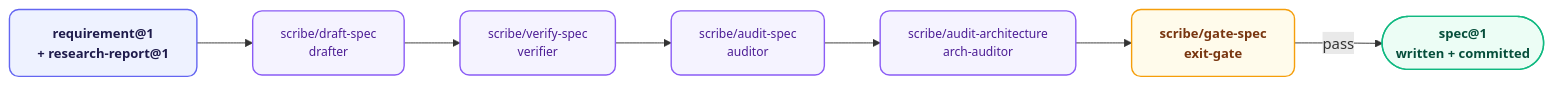
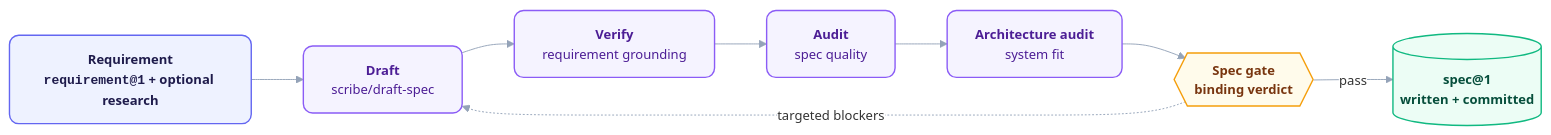
The diagram in plugins/scribe/README.md (orin-dx/agent-plugins), drawn with Mermaid before and after one commit. The commit also changed 12 other files, not shown here.

Commit message:
docs: refresh Mermaid diagrams and visual standard

````diff
--- a/plugins/scribe/README.md
+++ b/plugins/scribe/README.md
@@ -82,27 +82,21 @@
 ```mermaid
-%%{init: {'flowchart': {'curve': 'basis', 'nodeSpacing': 40, 'rankSpacing': 60}}}%%
+%%{init: {'theme': 'base', 'flowchart': {'curve': 'basis', 'nodeSpacing': 40, 'rankSpacing': 56}, 'themeVariables': {'fontFamily': 'Inter, ui-sans-serif, system-ui, sans-serif', 'fontSize': '14px', 'lineColor': '#94a3b8', 'edgeLabelBackground': '#ffffff'}}}%%
 flowchart LR
-    classDef source fill:#eef2ff,stroke:#6366f1,stroke-width:1.5px,color:#1e1b4b,rx:10,ry:10,font-size:14px,font-weight:600;
-    classDef engine fill:#f5f3ff,stroke:#8b5cf6,stroke-width:1.5px,color:#4c1d95,rx:10,ry:10,font-size:13px,font-weight:500;
-    classDef router fill:#fffbeb,stroke:#f59e0b,stroke-width:1.5px,color:#78350f,rx:10,ry:10,font-size:14px,font-weight:600;
-    classDef output fill:#ecfdf5,stroke:#10b981,stroke-width:1.5px,color:#064e3b,rx:10,ry:10,font-size:14px,font-weight:600;
+    classDef source fill:#eef2ff,stroke:#6366f1,stroke-width:1.5px,color:#1e1b4b,rx:10px,ry:10px,font-weight:600;
+    classDef engine fill:#f5f3ff,stroke:#8b5cf6,stroke-width:1.5px,color:#4c1d95,rx:10px,ry:10px;
+    classDef router fill:#fffbeb,stroke:#f59e0b,stroke-width:1.5px,color:#78350f,rx:10px,ry:10px,font-weight:600;
+    classDef output fill:#ecfdf5,stroke:#10b981,stroke-width:1.5px,color:#064e3b,rx:10px,ry:10px,font-weight:600;
 
-    Req["requirement@1
-    + research-report@1"] --> Draft["scribe/draft-spec
-    drafter"]
-    Draft --> Verify["scribe/verify-spec
-    verifier"]
-    Verify --> Audit["scribe/audit-spec
-    auditor"]
-    Audit --> ArchAudit["scribe/audit-architecture
-    arch-auditor"]
-    ArchAudit --> Gate["scribe/gate-spec
-    exit-gate"]
-    Gate -->|pass| Spec(["spec@1
-    written + committed"])
+    Req["<b>Requirement</b><br/><code>requirement@1</code> + optional research"] --> Draft["<b>Draft</b><br/>scribe/draft-spec"]
+    Draft --> Verify["<b>Verify</b><br/>requirement grounding"]
+    Verify --> Audit["<b>Audit</b><br/>spec quality"]
+    Audit --> ArchAudit["<b>Architecture audit</b><br/>system fit"]
+    ArchAudit --> Gate{{"<b>Spec gate</b><br/>binding verdict"}}
+    Gate -->|"pass"| Spec[("<b>spec@1</b><br/>written + committed")]
+    Gate -.->|"targeted blockers"| Draft
 
     class Req source
     class Draft,Verify,Audit,ArchAudit engine
     class Gate router
     class Spec output
 ```
````
